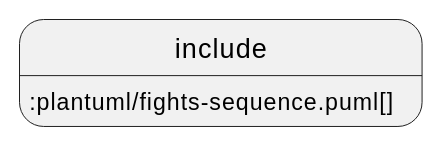
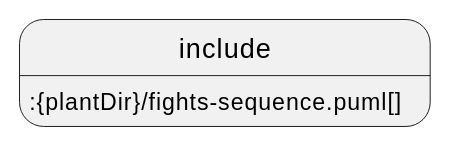
One commit to quarkusio/quarkus-workshops changed the diagram in quarkus-workshop-super-heroes/docs/src/main/asciidoc/4-microservices/microservices-cors.adoc. Above: the diagram before and after it, drawn with PlantUML. The commit also changed other lines of this file and 192 other files, not shown here.

```diff
--- a/quarkus-workshop-super-heroes/docs/src/main/asciidoc/4-microservices/microservices-cors.adoc
+++ b/quarkus-workshop-super-heroes/docs/src/main/asciidoc/4-microservices/microservices-cors.adoc
@@ -53,4 +55,4 @@
 [plantuml,align=center]
 ----
-include::plantuml/fights-sequence.puml[]
+include::{plantDir}/fights-sequence.puml[]
 ----
```
